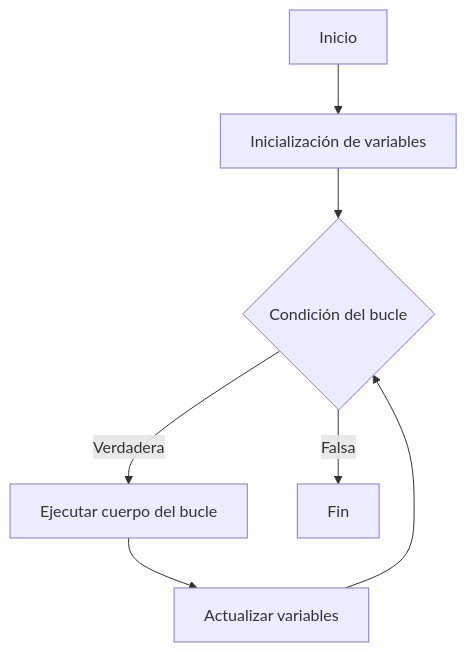
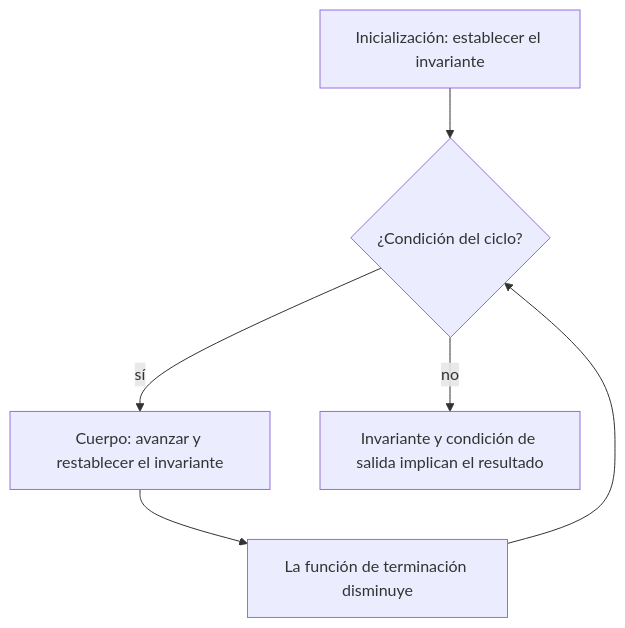
One commit to djaimej/computer-science-template changed the diagram in public/documents/semester-5/1/5122.md. Above: the diagram before and after it, drawn with Mermaid. The commit also changed other lines of this file and 3 other files, not shown here.

````diff
--- a/public/documents/semester-5/1/5122.md
+++ b/public/documents/semester-5/1/5122.md
@@ -244,9 +57,8 @@
 ```mermaid
 flowchart TD
-    A[Inicio] --> B[Inicialización de variables]
-    B --> C{Condición del bucle}
-    C -- Verdadera --> D[Ejecutar cuerpo del bucle]
-    D --> E[Actualizar variables]
-    E --> C
-    C -- Falsa --> F[Fin]
+    A["Inicialización: establecer el invariante"] --> B{"¿Condición del ciclo?"}
+    B --> |"sí"| C["Cuerpo: avanzar y restablecer el invariante"]
+    C --> D["La función de terminación disminuye"]
+    D --> B
+    B --> |"no"| E["Invariante y condición de salida implican el resultado"]
 ```
````
